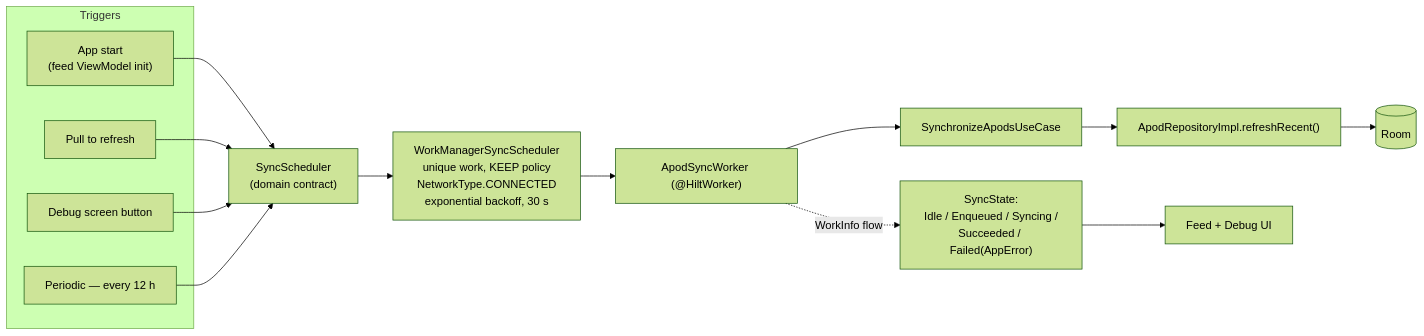
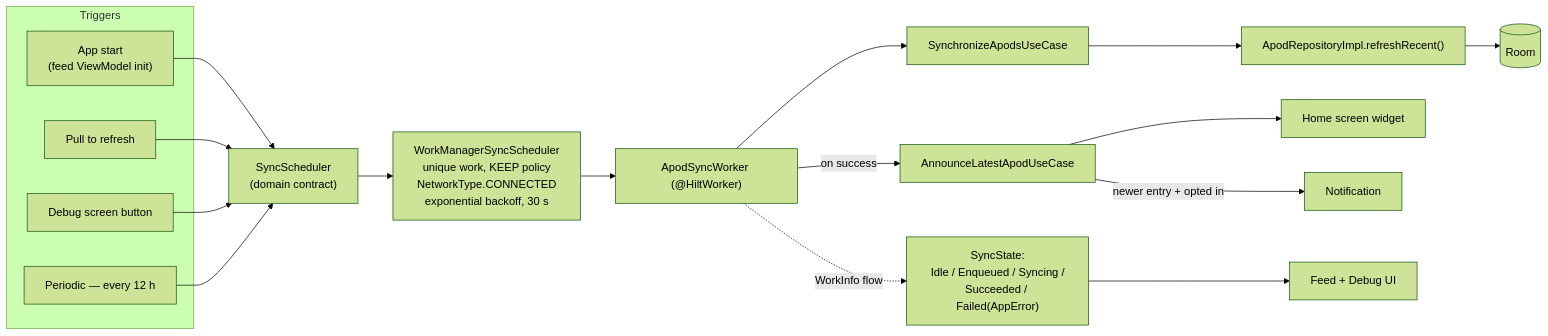
Before and after one commit to radustavila/Universe-Explorer: the fourth of 6 diagrams in README.md, drawn with Mermaid (forest theme). The commit also changed other lines of this file and 57 other files, not shown here.

First line of the commit message:
feat: home screen widget for the latest APOD and opt-in new-entry notifications

````diff
--- a/README.md
+++ b/README.md
@@ -255,22 +267,25 @@
 ```mermaid
 flowchart LR
     subgraph triggers["Triggers"]
         A["App start<br/>(feed ViewModel init)"]
         B["Pull to refresh"]
         C["Debug screen button"]
         D["Periodic — every 12 h"]
     end
 
     A --> SS["SyncScheduler<br/>(domain contract)"]
     B --> SS
     C --> SS
     D --> SS
 
     SS --> WM["WorkManagerSyncScheduler<br/>unique work, KEEP policy<br/>NetworkType.CONNECTED<br/>exponential backoff, 30 s"]
     WM --> W["ApodSyncWorker (@HiltWorker)"]
     W --> UC["SynchronizeApodsUseCase"]
     UC --> R["ApodRepositoryImpl.refreshRecent()"]
     R --> DB[("Room")]
+    W -- "on success" --> AN["AnnounceLatestApodUseCase"]
+    AN --> WG["Home screen widget"]
+    AN -- "newer entry + opted in" --> NT["Notification"]
     W -. "WorkInfo flow" .-> ST["SyncState:<br/>Idle / Enqueued / Syncing /<br/>Succeeded / Failed(AppError)"]
     ST --> UI["Feed + Debug UI"]
 ```
````
